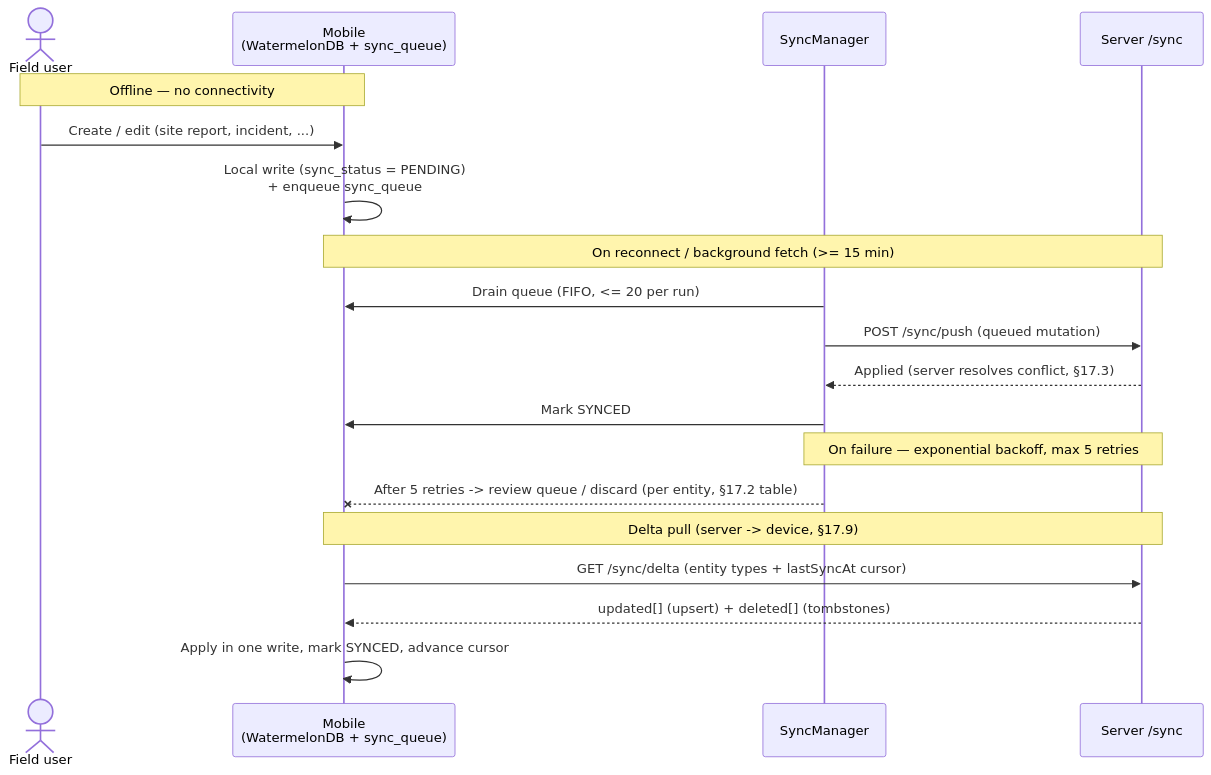
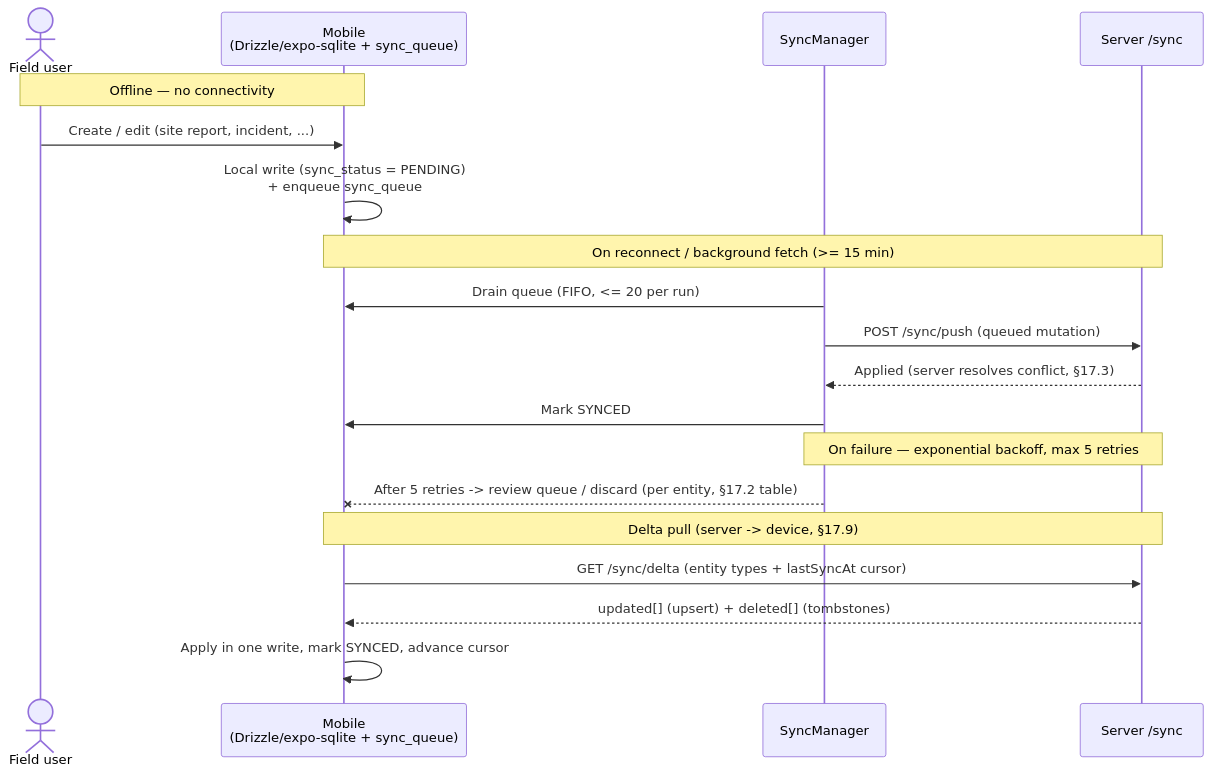
The diagram in docs/specifications/17-offline-mobile-sync.md (thitipongroo/cos), drawn with Mermaid before and after one commit. The commit also changed other lines of this file and 10 other files, not shown here.

````diff
--- a/docs/specifications/17-offline-mobile-sync.md
+++ b/docs/specifications/17-offline-mobile-sync.md
@@ -42,21 +45,21 @@
 ```mermaid
 sequenceDiagram
     actor U as Field user
-    participant M as Mobile<br/>(WatermelonDB + sync_queue)
+    participant M as Mobile<br/>(Drizzle/expo-sqlite + sync_queue)
     participant S as SyncManager
     participant API as Server /sync
     Note over U,M: Offline — no connectivity
     U->>M: Create / edit (site report, incident, ...)
     M->>M: Local write (sync_status = PENDING)<br/>+ enqueue sync_queue
     Note over M,API: On reconnect / background fetch (>= 15 min)
     S->>M: Drain queue (FIFO, <= 20 per run)
     S->>API: POST /sync/push (queued mutation)
     API-->>S: Applied (server resolves conflict, §17.3)
     S->>M: Mark SYNCED
     Note over S,API: On failure — exponential backoff, max 5 retries
     S--xM: After 5 retries -> review queue / discard (per entity, §17.2 table)
     Note over M,API: Delta pull (server -> device, §17.9)
     M->>API: GET /sync/delta (entity types + lastSyncAt cursor)
     API-->>M: updated[] (upsert) + deleted[] (tombstones)
     M->>M: Apply in one write, mark SYNCED, advance cursor
 ```
````
